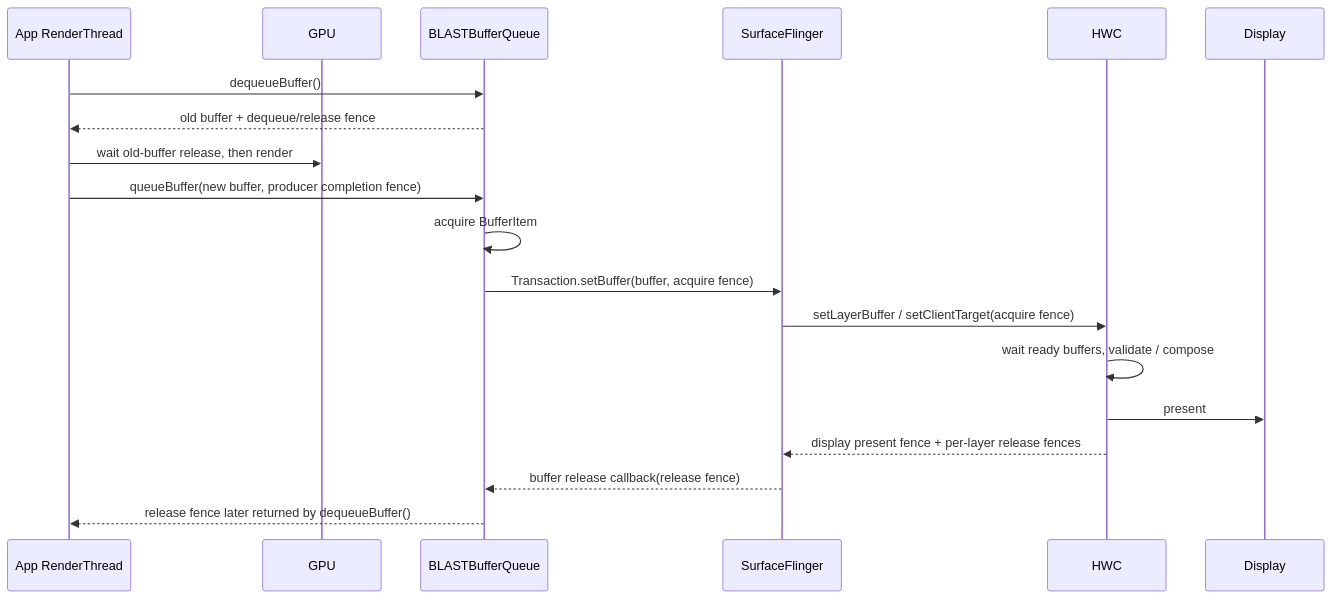
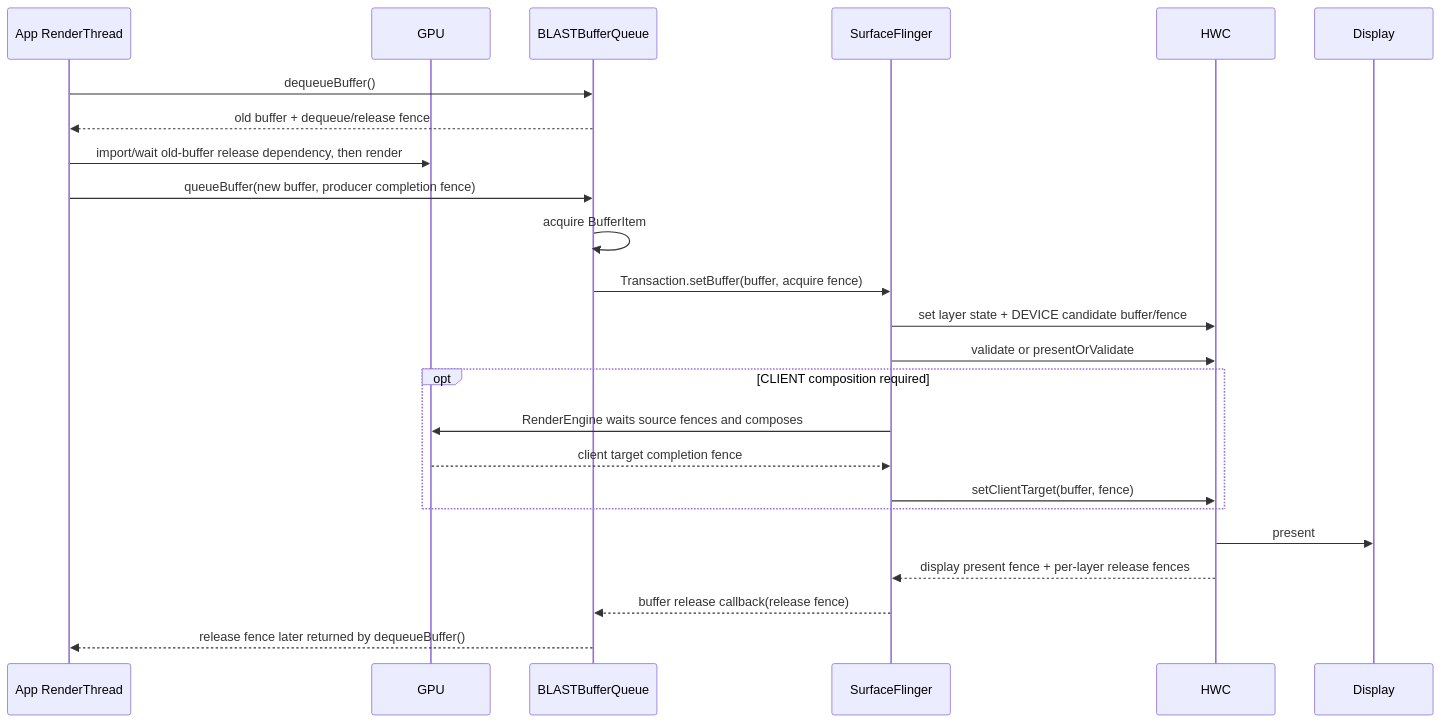
Before and after one commit to Gracker/android-internals-wiki: the diagram in src/part1-fundamentals/ch02-rendering/16-sync-fence.md, drawn with Mermaid. The commit also changed other lines of this file, not shown here.

Commit message:
docs(aiw): clarify Android 17 fence handoffs

````diff
--- a/src/part1-fundamentals/ch02-rendering/16-sync-fence.md
+++ b/src/part1-fundamentals/ch02-rendering/16-sync-fence.md
@@ -222,22 +211,27 @@
 ```mermaid
 sequenceDiagram
     participant RT as App RenderThread
     participant GPU
     participant BBQ as BLASTBufferQueue
     participant SF as SurfaceFlinger
     participant HWC
     participant D as Display
 
     RT->>BBQ: dequeueBuffer()
     BBQ-->>RT: old buffer + dequeue/release fence
-    RT->>GPU: wait old-buffer release, then render
+    RT->>GPU: import/wait old-buffer release dependency, then render
     RT->>BBQ: queueBuffer(new buffer, producer completion fence)
     BBQ->>BBQ: acquire BufferItem
     BBQ->>SF: Transaction.setBuffer(buffer, acquire fence)
-    SF->>HWC: setLayerBuffer / setClientTarget(acquire fence)
-    HWC->>HWC: wait ready buffers, validate / compose
+    SF->>HWC: set layer state + DEVICE candidate buffer/fence
+    SF->>HWC: validate or presentOrValidate
+    opt CLIENT composition required
+        SF->>GPU: RenderEngine waits source fences and composes
+        GPU-->>SF: client target completion fence
+        SF->>HWC: setClientTarget(buffer, fence)
+    end
     HWC->>D: present
     HWC-->>SF: display present fence + per-layer release fences
     SF-->>BBQ: buffer release callback(release fence)
     BBQ-->>RT: release fence later returned by dequeueBuffer()
 ```
````
